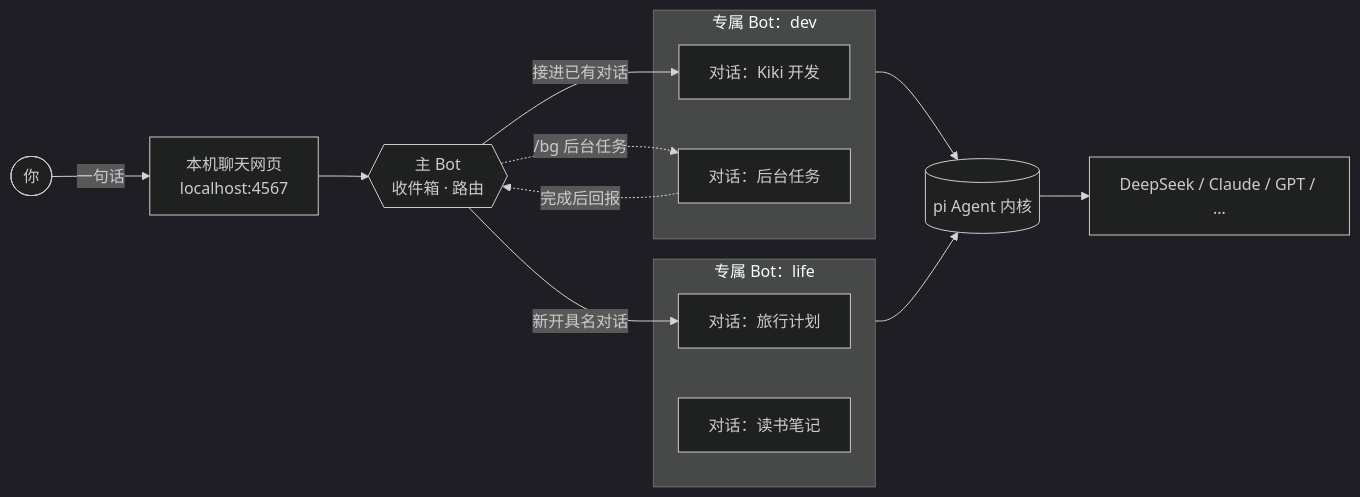
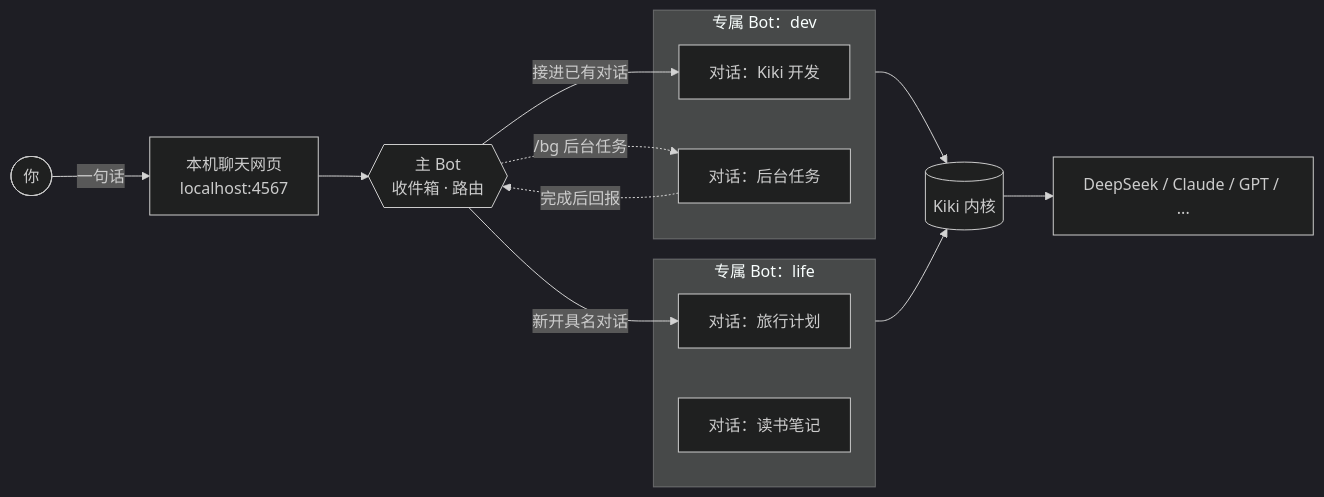
Before and after one commit to lkyxuan/kiki: the diagram in README.md, drawn with Mermaid (dark theme). The commit also changed other lines of this file and 1 other file, not shown here.

Commit message:
README: lead with the Kiki engine, add "Install as a Mac app", new banner (#5)

````diff
--- a/README.md
+++ b/README.md
@@ -60,21 +62,21 @@
 ```mermaid
 flowchart LR
     U([你]) -->|一句话| W[本机聊天网页<br/>localhost:4567]
     W --> M{{主 Bot<br/>收件箱 · 路由}}
     M -->|接进已有对话| S1
     M -->|新开具名对话| S3
     M -.->|/bg 后台任务| S2
 
     subgraph DEV[专属 Bot：dev]
         S1[对话：Kiki 开发]
         S2[对话：后台任务]
     end
     subgraph LIFE[专属 Bot：life]
         S3[对话：旅行计划]
         S4[对话：读书笔记]
     end
 
-    DEV & LIFE --> PI[(pi Agent 内核)]
+    DEV & LIFE --> PI[(Kiki 内核)]
     PI --> LLM[DeepSeek / Claude / GPT / ...]
     S2 -.->|完成后回报| M
 ```
````
